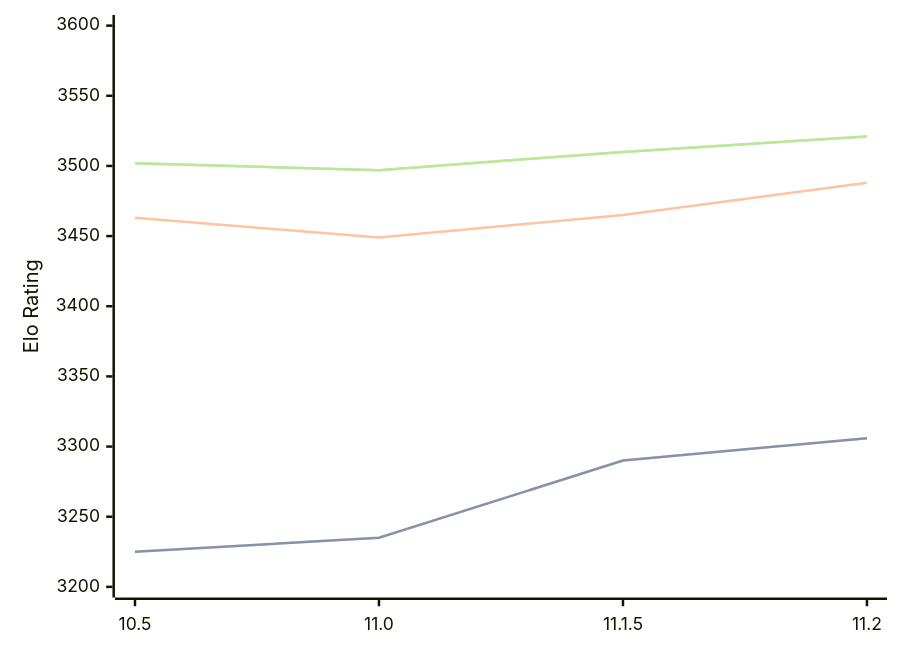
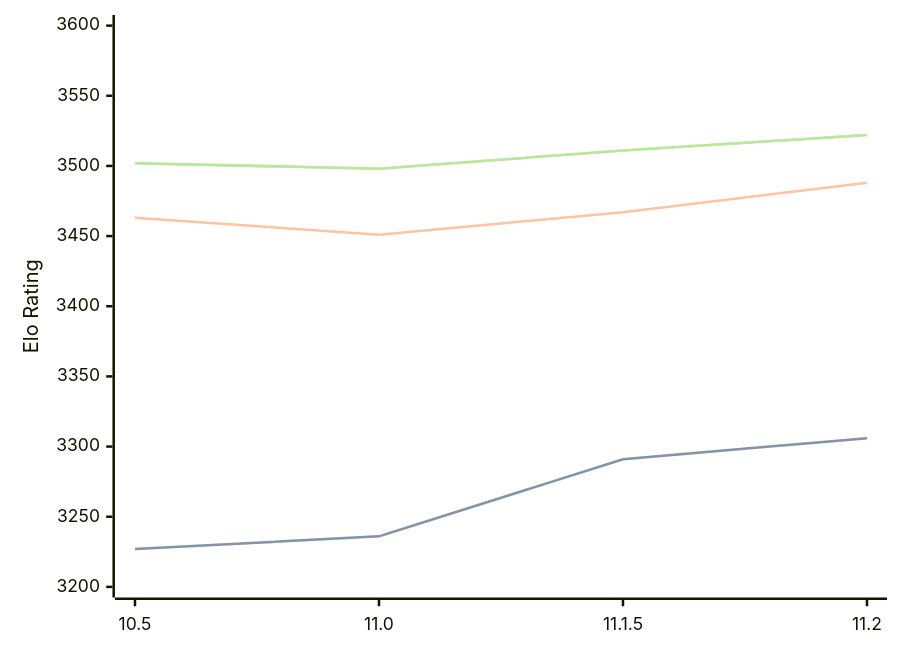
The diagram in engines/Lizard.md (computer-chess-index/cci), drawn with Mermaid before and after one commit. The commit also changed other lines of this file, not shown here.

Commit message:
Update CCI Ratings (ELO VLTC) - 2026-09-13

````diff
--- a/engines/Lizard.md
+++ b/engines/Lizard.md
@@ -34,11 +34,11 @@
 ```mermaid
 %%{init: {"theme":"base","themeVariables":{"seriesColors:['#a3a3a3','#222221','#faa371']}}}%%
 xychart-beta
   x-axis ["10.5", "11.0", "11.1.5", "11.2"]
   y-axis "Elo Rating" 3200 --> 3600
-  line "" [3225, 3235, 3290, 3306]
-  line "STC (8.0+0.08s)" [3225, 3235, 3290, 3306]
-  line "LTC (60.0+0.60s)" [3463, 3449, 3465, 3488]
-  line "" [3502, 3497, 3510, 3521]
-  line "VLTC (2m24s+1.12s)" [3502, 3497, 3510, 3521]
+  line "" [3227, 3236, 3291, 3306]
+  line "STC (8.0+0.08s)" [3227, 3236, 3291, 3306]
+  line "LTC (60.0+0.60s)" [3463, 3451, 3467, 3488]
+  line "" [3502, 3498, 3511, 3522]
+  line "VLTC (2m24s+1.12s)" [3502, 3498, 3511, 3522]
 ```
````
